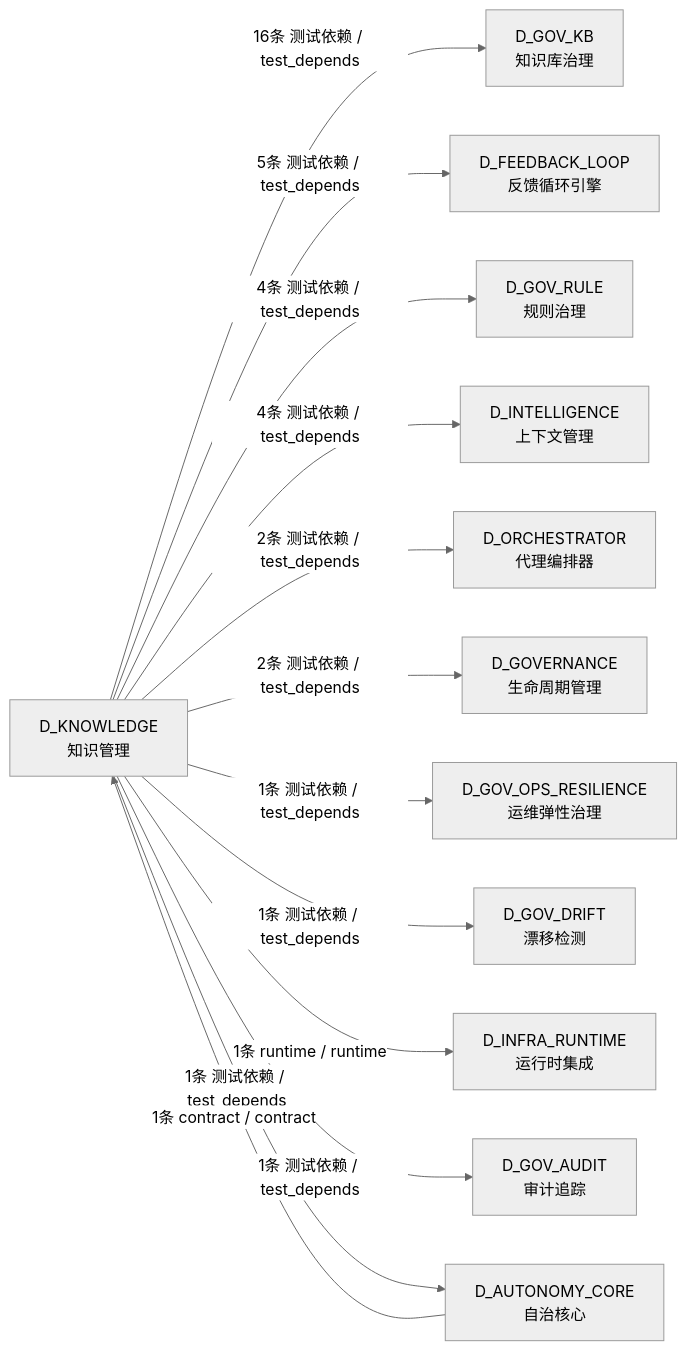
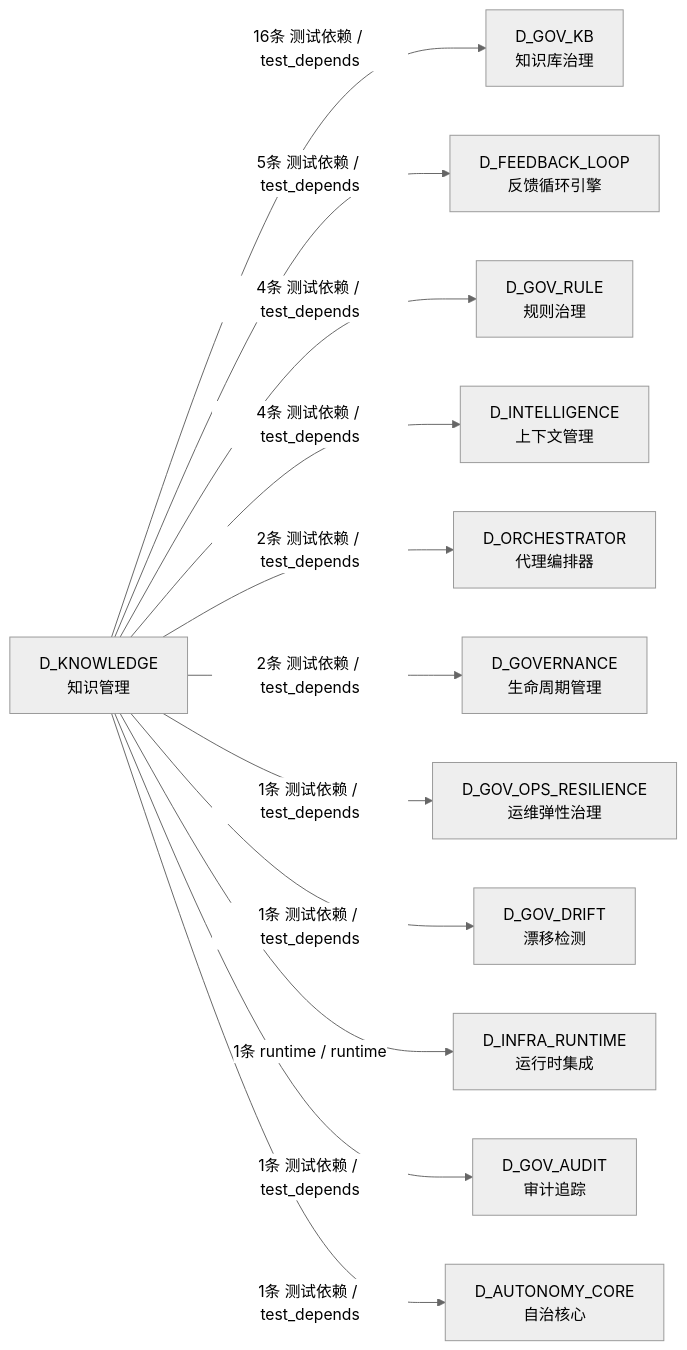
One commit to xuanFelixVan/ZephyrAlpha changed the fifth of 5 diagrams in docs/02_enterprise_architecture/02_domain_architecture_docs/46_d_knowledge.md. Above: the diagram before and after it, drawn with Mermaid (neutral theme). The commit also changed other lines of this file and 122 other files, not shown here.

````diff
--- a/docs/02_enterprise_architecture/02_domain_architecture_docs/46_d_knowledge.md
+++ b/docs/02_enterprise_architecture/02_domain_architecture_docs/46_d_knowledge.md
@@ -384,27 +378,26 @@
 ```mermaid
 graph LR
     D_KNOWLEDGE["D_KNOWLEDGE<br/>知识管理"]
     D_GOV_KB["D_GOV_KB<br/>知识库治理"]
     D_FEEDBACK_LOOP["D_FEEDBACK_LOOP<br/>反馈循环引擎"]
     D_GOV_RULE["D_GOV_RULE<br/>规则治理"]
     D_INTELLIGENCE["D_INTELLIGENCE<br/>上下文管理"]
     D_ORCHESTRATOR["D_ORCHESTRATOR<br/>代理编排器"]
     D_GOVERNANCE["D_GOVERNANCE<br/>生命周期管理"]
     D_GOV_OPS_RESILIENCE["D_GOV_OPS_RESILIENCE<br/>运维弹性治理"]
     D_GOV_DRIFT["D_GOV_DRIFT<br/>漂移检测"]
     D_INFRA_RUNTIME["D_INFRA_RUNTIME<br/>运行时集成"]
     D_GOV_AUDIT["D_GOV_AUDIT<br/>审计追踪"]
     D_AUTONOMY_CORE["D_AUTONOMY_CORE<br/>自治核心"]
     D_KNOWLEDGE -->|16条 测试依赖 / test_depends| D_GOV_KB
     D_KNOWLEDGE -->|5条 测试依赖 / test_depends| D_FEEDBACK_LOOP
     D_KNOWLEDGE -->|4条 测试依赖 / test_depends| D_GOV_RULE
     D_KNOWLEDGE -->|4条 测试依赖 / test_depends| D_INTELLIGENCE
     D_KNOWLEDGE -->|2条 测试依赖 / test_depends| D_ORCHESTRATOR
     D_KNOWLEDGE -->|2条 测试依赖 / test_depends| D_GOVERNANCE
     D_KNOWLEDGE -->|1条 测试依赖 / test_depends| D_GOV_OPS_RESILIENCE
     D_KNOWLEDGE -->|1条 测试依赖 / test_depends| D_GOV_DRIFT
     D_KNOWLEDGE -->|1条 runtime / runtime| D_INFRA_RUNTIME
     D_KNOWLEDGE -->|1条 测试依赖 / test_depends| D_GOV_AUDIT
     D_KNOWLEDGE -->|1条 测试依赖 / test_depends| D_AUTONOMY_CORE
-    D_AUTONOMY_CORE -->|1条 contract / contract| D_KNOWLEDGE
 ```
````
